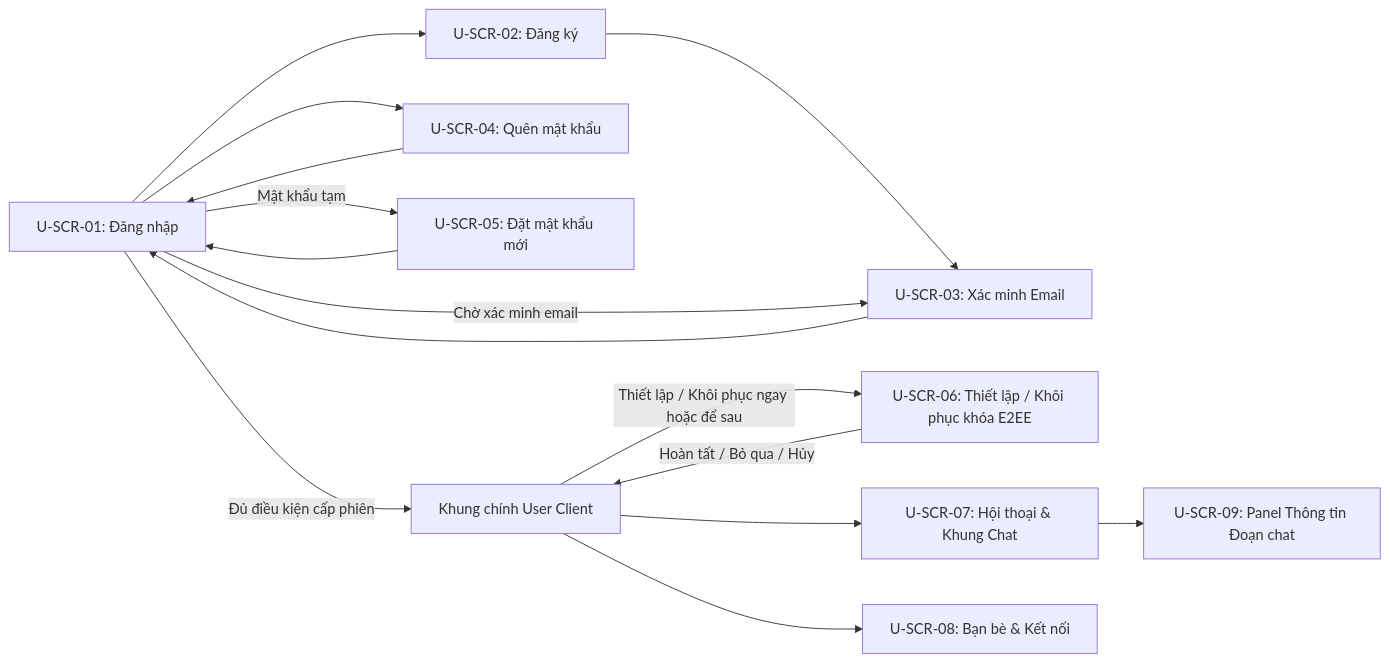
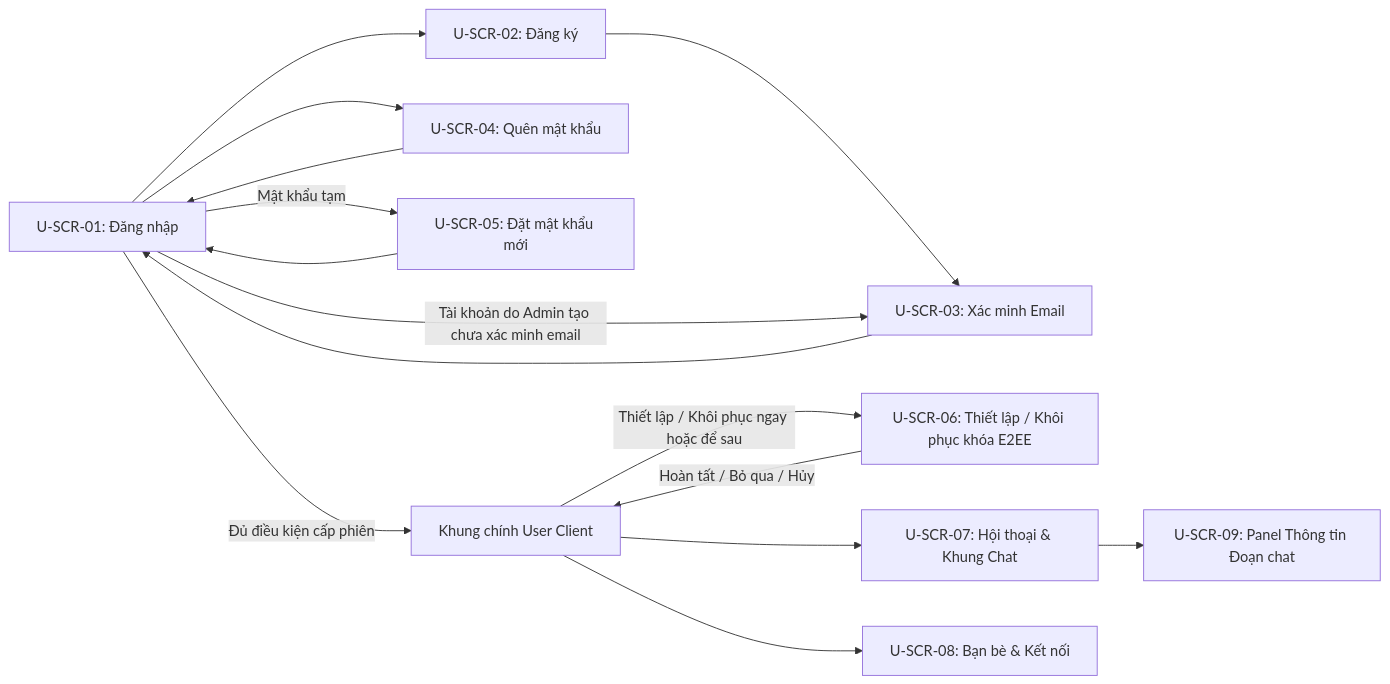
One commit to Ladenyx/ChatSystem changed the first of 2 diagrams in docs/requirements/screen.md. Above: the diagram before and after it, drawn with Mermaid. The commit also changed other lines of this file and 4 other files, not shown here.

````diff
--- a/docs/requirements/screen.md
+++ b/docs/requirements/screen.md
@@ -11,17 +11,17 @@
 ```mermaid
 flowchart LR
     Login["U-SCR-01: Đăng nhập"] --> SignUp["U-SCR-02: Đăng ký"]
     SignUp --> VerifyEmail["U-SCR-03: Xác minh Email"]
     VerifyEmail --> Login
-    Login -- "Chờ xác minh email" --> VerifyEmail
+    Login -- "Tài khoản do Admin tạo chưa xác minh email" --> VerifyEmail
     Login --> ForgotPwd["U-SCR-04: Quên mật khẩu"]
     ForgotPwd --> Login
     Login -- "Mật khẩu tạm" --> ForcePwd["U-SCR-05: Đặt mật khẩu mới"]
     ForcePwd --> Login
     Login -- "Đủ điều kiện cấp phiên" --> MainShell["Khung chính User Client"]
     MainShell -- "Thiết lập / Khôi phục ngay hoặc để sau" --> E2EEKey["U-SCR-06: Thiết lập / Khôi phục khóa E2EE"]
     E2EEKey -- "Hoàn tất / Bỏ qua / Hủy" --> MainShell
     MainShell --> ChatView["U-SCR-07: Hội thoại & Khung Chat"]
     MainShell --> ContactsView["U-SCR-08: Bạn bè & Kết nối"]
     ChatView --> InfoDrawer["U-SCR-09: Panel Thông tin Đoạn chat"]
 ```
````
